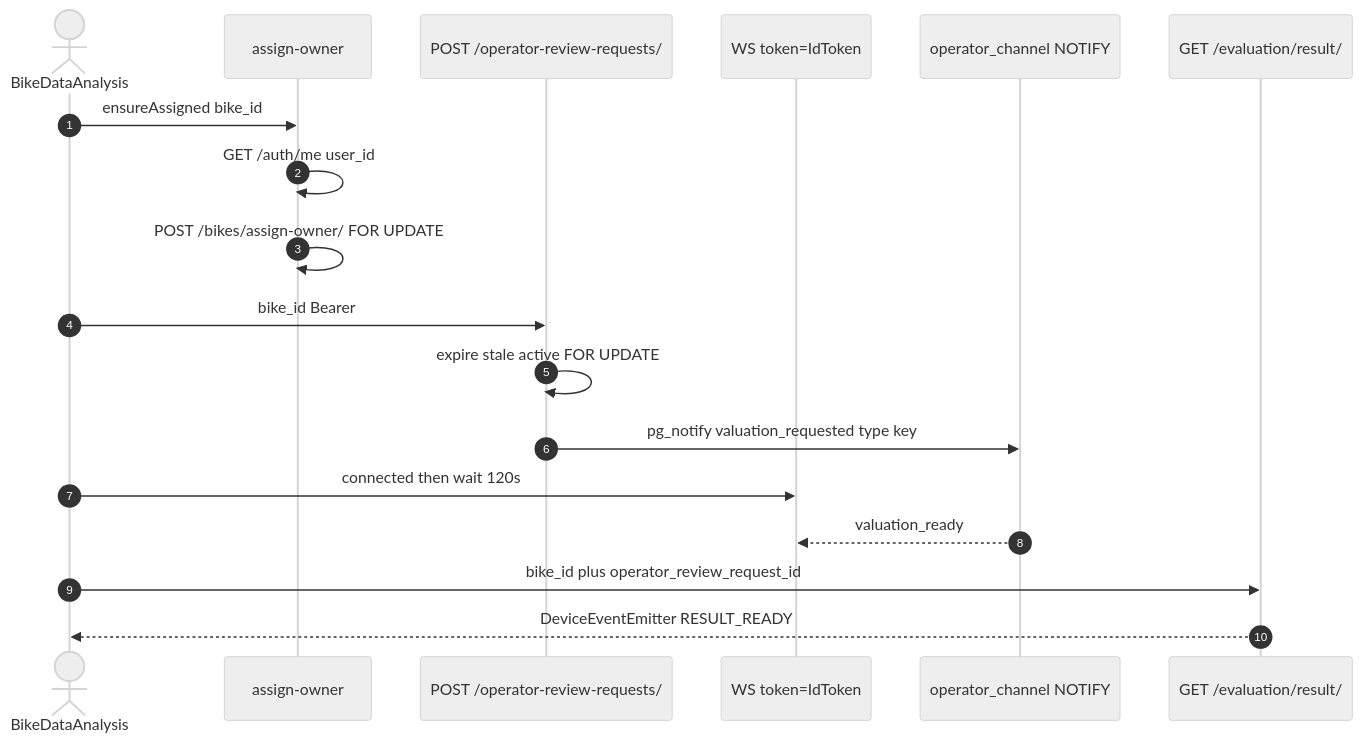
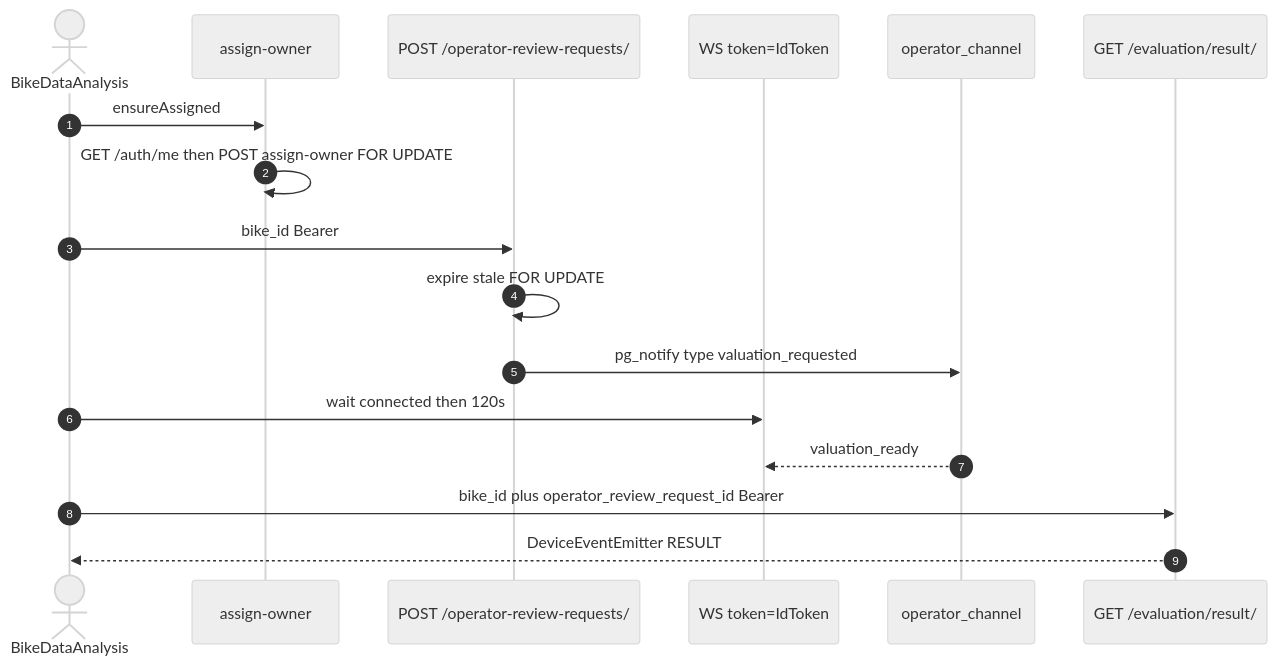
The diagram in systems/mobile-realtime-orr-assign.mdx (HarryNguyenTimoto/timoto_space), drawn with Mermaid (neutral theme) before and after one commit. The commit also changed other lines of this file and 1 other file, not shown here.

````diff
--- a/systems/mobile-realtime-orr-assign.mdx
+++ b/systems/mobile-realtime-orr-assign.mdx
@@ -19,21 +17,20 @@
 ```mermaid
 sequenceDiagram
   autonumber
   actor Rider as BikeDataAnalysis
   participant AS as assign-owner
   participant ORR as POST /operator-review-requests/
   participant WS as WS token=IdToken
-  participant OPS as operator_channel NOTIFY
+  participant OPS as operator_channel
   participant ER as GET /evaluation/result/
 
-  Rider->>AS: ensureAssigned bike_id
-  AS->>AS: GET /auth/me user_id
-  AS->>AS: POST /bikes/assign-owner/ FOR UPDATE
+  Rider->>AS: ensureAssigned
+  AS->>AS: GET /auth/me then POST assign-owner FOR UPDATE
   Rider->>ORR: bike_id Bearer
-  ORR->>ORR: expire stale active FOR UPDATE
-  ORR->>OPS: pg_notify valuation_requested type key
-  Rider->>WS: connected then wait 120s
+  ORR->>ORR: expire stale FOR UPDATE
+  ORR->>OPS: pg_notify type valuation_requested
+  Rider->>WS: wait connected then 120s
   OPS-->>WS: valuation_ready
-  Rider->>ER: bike_id plus operator_review_request_id
-  ER-->>Rider: DeviceEventEmitter RESULT_READY
+  Rider->>ER: bike_id plus operator_review_request_id Bearer
+  ER-->>Rider: DeviceEventEmitter RESULT
 ```
````
